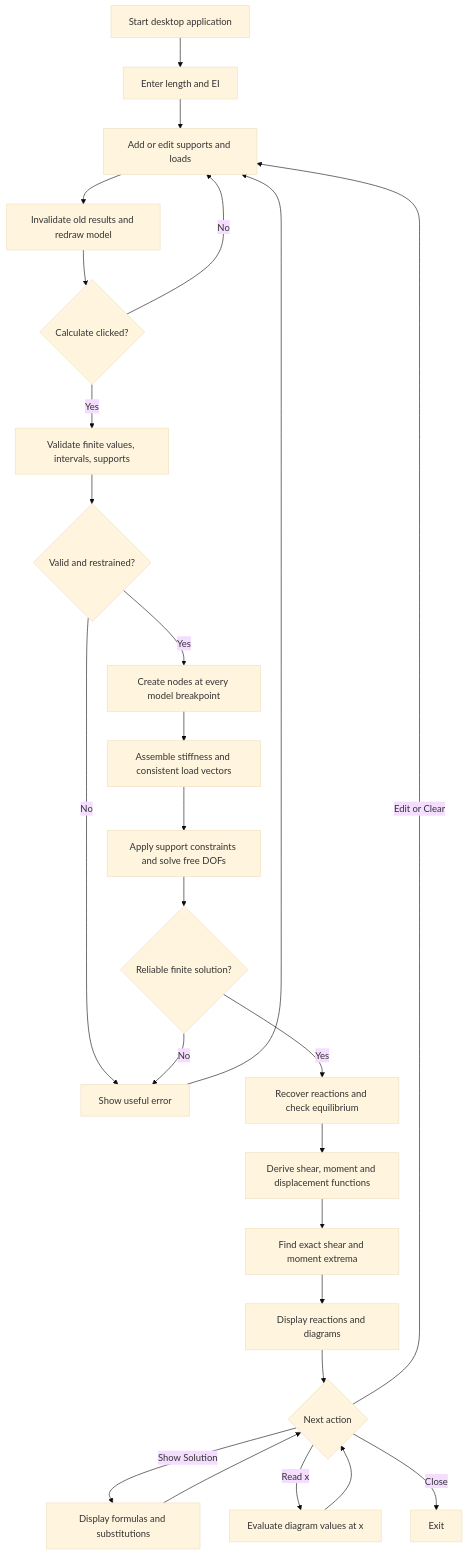
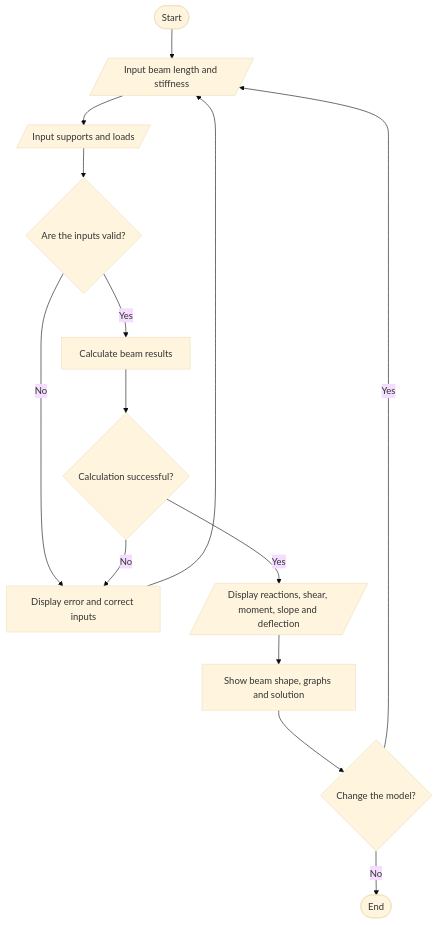
The diagram in docs/info/FLOWCHART.md (ajaparicio36/beam-balance-26), drawn with Mermaid (base theme) before and after one commit. The commit also changed other lines of this file and 5 other files, not shown here.

Commit message:
feat: customize beam analysis project and diagrams

````diff
--- a/docs/info/FLOWCHART.md
+++ b/docs/info/FLOWCHART.md
@@ -3,28 +5,16 @@
 ```mermaid
 flowchart TD
-    A[Start desktop application] --> B[Enter length and EI]
-    B --> C[Add or edit supports and loads]
-    C --> D[Invalidate old results and redraw model]
-    D --> E{Calculate clicked?}
-    E -- No --> C
-    E -- Yes --> F[Validate finite values, intervals, supports]
-    F --> G{Valid and restrained?}
-    G -- No --> H[Show useful error]
-    H --> C
-    G -- Yes --> I[Create nodes at every model breakpoint]
-    I --> J[Assemble stiffness and consistent load vectors]
-    J --> K[Apply support constraints and solve free DOFs]
-    K --> L{Reliable finite solution?}
-    L -- No --> H
-    L -- Yes --> M[Recover reactions and check equilibrium]
-    M --> N[Derive shear, moment and displacement functions]
-    N --> O[Find exact shear and moment extrema]
-    O --> P[Display reactions and diagrams]
-    P --> Q{Next action}
-    Q -- Show Solution --> R[Display formulas and substitutions]
-    R --> Q
-    Q -- Read x --> S[Evaluate diagram values at x]
-    S --> Q
-    Q -- Edit or Clear --> C
-    Q -- Close --> T[Exit]
+    A([Start]) --> B[/Input beam length and stiffness/]
+    B --> C[/Input supports and loads/]
+    C --> D{Are the inputs valid?}
+    D -- No --> E[Display error and correct inputs]
+    E --> B
+    D -- Yes --> F[Calculate beam results]
+    F --> G{Calculation successful?}
+    G -- No --> E
+    G -- Yes --> H[/Display reactions, shear, moment, slope and deflection/]
+    H --> I[Show beam shape, graphs and solution]
+    I --> J{Change the model?}
+    J -- Yes --> B
+    J -- No --> K([End])
 ```
````
